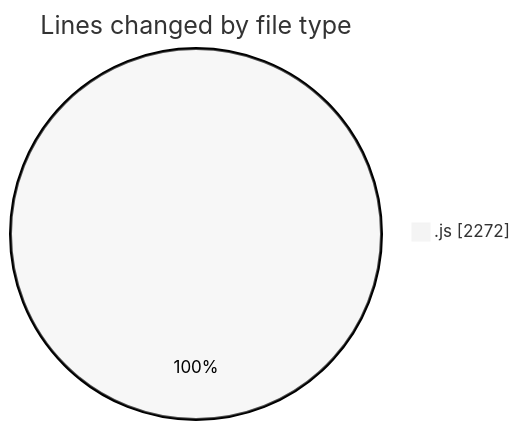
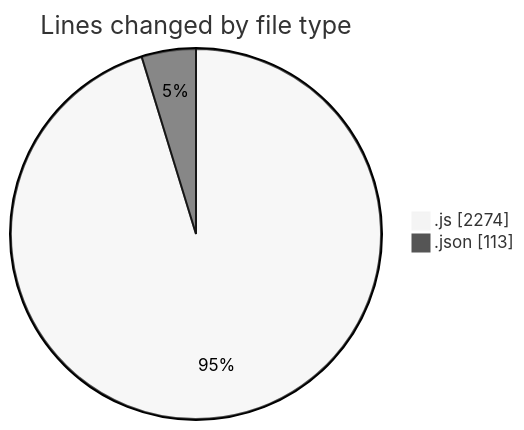
One commit to BS-eng2023/code-tracking changed the first of 2 diagrams in 2025-04-03/jsvms/README.md. Above: the diagram before and after it, drawn with Mermaid (neutral theme). The commit also changed other lines of this file and 1 other file, not shown here.

````diff
--- a/2025-04-03/jsvms/README.md
+++ b/2025-04-03/jsvms/README.md
@@ -33,5 +34,6 @@
 ```mermaid
 pie showData
 title Lines changed by file type
-".js" : 2272
+".js" : 2274
+".json" : 113
 ```
````
